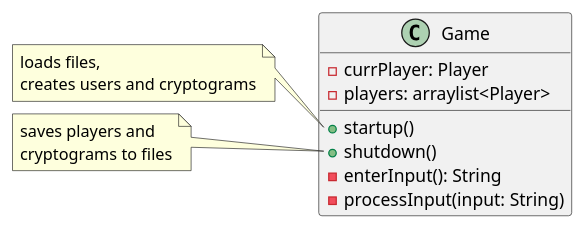
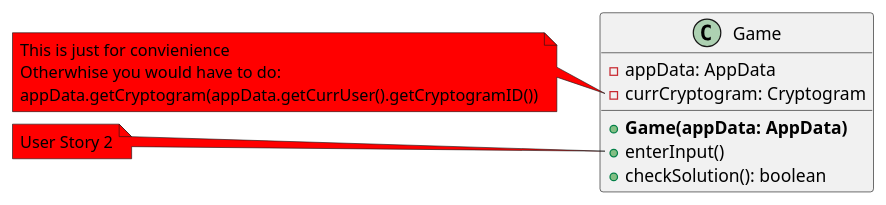
Before and after one commit to finlaysr/CS207-Cryptograms: the diagram in Class-Diagrams/src/game.puml, drawn with PlantUML. The commit also changed 4 other files, not shown here.

Commit message:
Finished Class Diagrams and added lots of notes

```diff
--- a/Class-Diagrams/src/game.puml
+++ b/Class-Diagrams/src/game.puml
@@ -1,23 +1,26 @@
 @startuml
 
 class Game {
-    - currPlayer: Player
-    - players: arraylist<Player>
-
-    + startup()
-    + shutdown()
-    - enterInput(): String
-    - processInput(input: String)
+    - appData: AppData
+    - currCryptogram: Cryptogram
+    + **Game(appData: AppData)**
+    + enterInput()
+    + checkSolution(): boolean
 }
 
-note left of Game::startup
-    loads files,
-    creates users and cryptograms
+note left of Game::currCryptogram
+This is just for convienience
+Otherwhise you would have to do:
+appData.getCryptogram(appData.getCurrUser().getCryptogramID())
+end note
+note left of Game::enterInput
+If the user input asks for a hint or the solution, 
+currCryptogram.getHint() or currCryptogram.getSolution()
+would be called
 end note
 
-note left of Game::shutdown
-    saves players and
-    cryptograms to files
+
+note left of Game::enterInput #red
+    User Story 2
 end note
-
 @enduml
```
